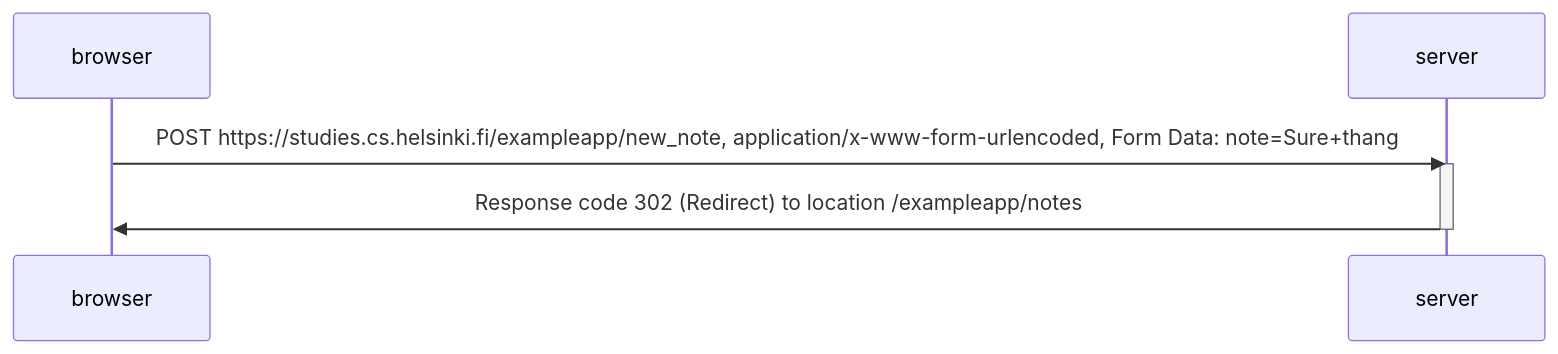
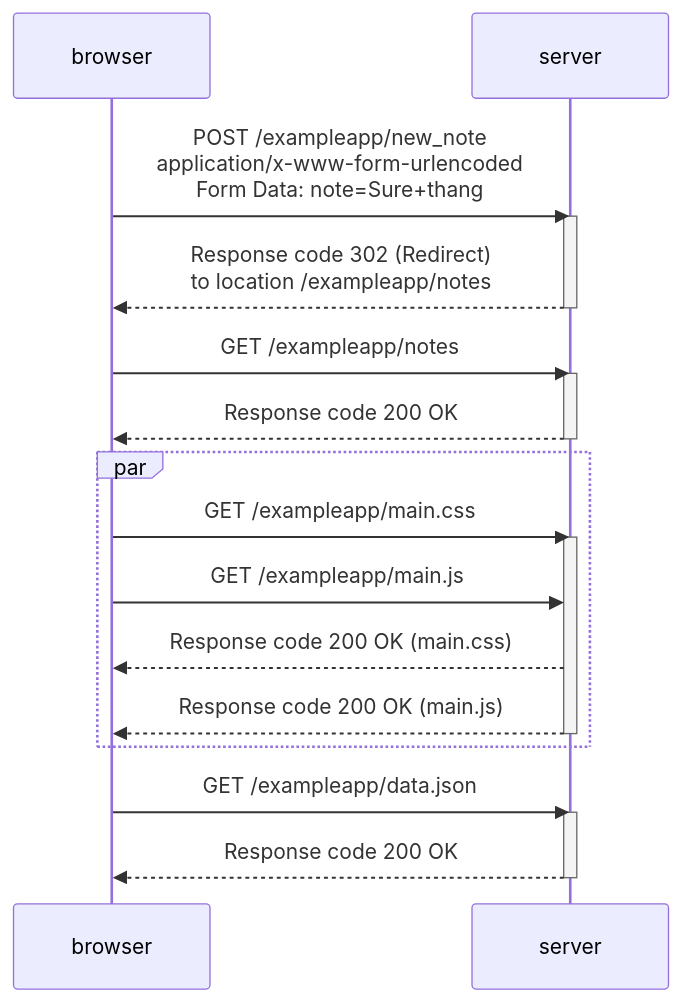
One commit to cohenItay/fullstackopen changed the diagram in part0/diagram.md. Above: the diagram before and after it, drawn with Mermaid.

Commit message:
Done with New note diagram

````diff
--- a/part0/diagram.md
+++ b/part0/diagram.md
@@ -1,12 +1,31 @@
 ```mermaid
 
 sequenceDiagram
-  participant browser
-  participant server
-  
-  browser->>server: POST https://studies.cs.helsinki.fi/exampleapp/new_note, application/x-www-form-urlencoded, Form Data: note=Sure+thang
-  activate server
-  server->>browser: Response code 302 (Redirect) to location /exampleapp/notes
-  deactivate server
+    participant browser
+    participant server
+
+    browser->>server: POST /exampleapp/new_note<br>application/x-www-form-urlencoded<br>Form Data: note=Sure+thang
+    activate server
+    server-->>browser: Response code 302 (Redirect)<br>to location /exampleapp/notes
+    deactivate server
+
+    browser->>server: GET /exampleapp/notes
+    activate server
+    server-->>browser: Response code 200 OK
+    deactivate server
+
+    par
+        browser->>server: GET /exampleapp/main.css
+        activate server
+        browser->>server: GET /exampleapp/main.js
+        server-->>browser: Response code 200 OK (main.css)
+        server-->>browser: Response code 200 OK (main.js)
+        deactivate server
+    end
+
+    browser->>server: GET /exampleapp/data.json
+    activate server
+    server-->>browser: Response code 200 OK
+    deactivate server
 
 ```
````
